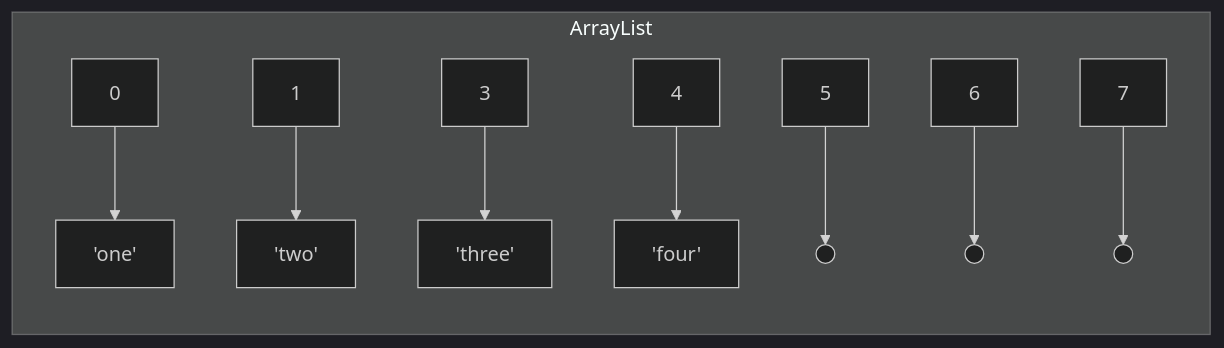
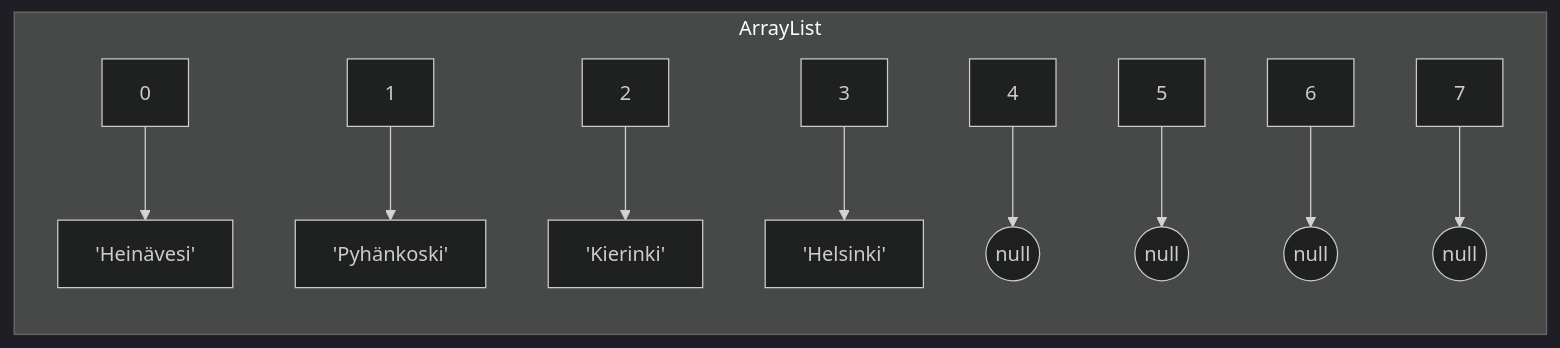
One commit to ohjelmointi2/ohjelmointi2.github.io changed the first of 2 diagrams in docs/08_algoritmit.md. Above: the diagram before and after it, drawn with Mermaid (dark theme). The commit also changed other lines of this file, not shown here.

Commit message:
Korjattu virheellinen indeksointi ArrayList-diagrammissa. Paremmat esimerkit diagrammeihin.

````diff
--- a/docs/08_algoritmit.md
+++ b/docs/08_algoritmit.md
@@ -39,12 +39,13 @@
 ```mermaid
 graph LR
     subgraph ArrayList
-        0 --> 'one'
-        1 --> 'two'
-        3 --> 'three'
-        4 --> 'four'
-        5 --> B(( ))
-        6 --> C(( ))
-        7 --> D(( ))
+        0 --> 'Heinävesi'
+        1 --> 'Pyhänkoski'
+        2 --> 'Kierinki'
+        3 --> 'Helsinki'
+        4 --> A((null))
+        5 --> B((null))
+        6 --> C((null))
+        7 --> D((null))
     end
 ```
````
